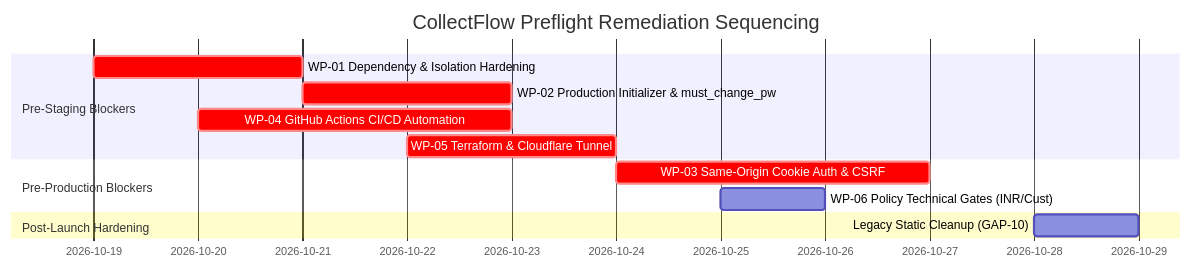
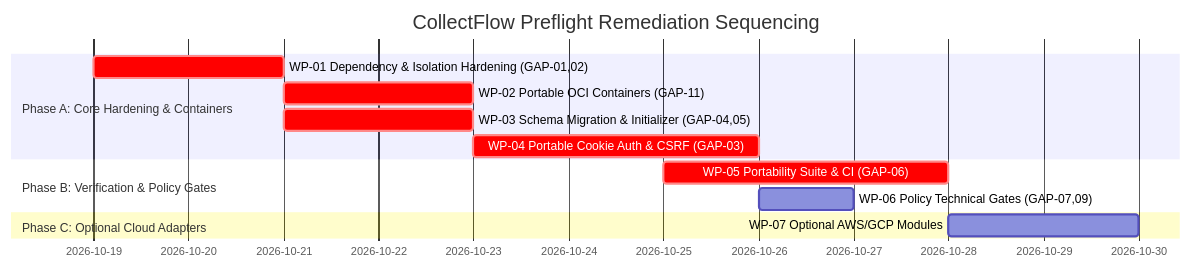
One commit to AnishB-Personal/collectflow changed the diagram in docs/reviews/COLLECTFLOW_RELEASE_READINESS_GAP_ASSESSMENT.md. Above: the diagram before and after it, drawn with Mermaid. The commit also changed other lines of this file and 3 other files, not shown here.

Commit message:
docs(preflight): establish cloud-agnostic and on-premises release architecture

````diff
--- a/docs/reviews/COLLECTFLOW_RELEASE_READINESS_GAP_ASSESSMENT.md
+++ b/docs/reviews/COLLECTFLOW_RELEASE_READINESS_GAP_ASSESSMENT.md
@@ -235,15 +233,15 @@
 ```mermaid
 gantt
     title CollectFlow Preflight Remediation Sequencing
     dateFormat  YYYY-MM-DD
-    section Pre-Staging Blockers
-    WP-01 Dependency & Isolation Hardening   :crit, a1, 2026-10-19, 2d
-    WP-02 Production Initializer & must_change_pw :crit, a2, 2026-10-21, 2d
-    WP-04 GitHub Actions CI/CD Automation   :crit, a3, 2026-10-20, 3d
-    WP-05 Terraform & Cloudflare Tunnel     :crit, a4, 2026-10-22, 2d
-    section Pre-Production Blockers
-    WP-03 Same-Origin Cookie Auth & CSRF    :crit, b1, 2026-10-24, 3d
-    WP-06 Policy Technical Gates (INR/Cust) :b2, 2026-10-25, 1d
-    section Post-Launch Hardening
-    Legacy Static Cleanup (GAP-10)          :c1, 2026-10-28, 1d
+    section Phase A: Core Hardening & Containers
+    WP-01 Dependency & Isolation Hardening (GAP-01,02) :crit, a1, 2026-10-19, 2d
+    WP-02 Portable OCI Containers (GAP-11)             :crit, a2, 2026-10-21, 2d
+    WP-03 Schema Migration & Initializer (GAP-04,05)   :crit, a3, 2026-10-21, 2d
+    WP-04 Portable Cookie Auth & CSRF (GAP-03)        :crit, a4, 2026-10-23, 3d
+    section Phase B: Verification & Policy Gates
+    WP-05 Portability Suite & CI (GAP-06)             :crit, b1, 2026-10-25, 3d
+    WP-06 Policy Technical Gates (GAP-07,09)          :b2, 2026-10-26, 1d
+    section Phase C: Optional Cloud Adapters
+    WP-07 Optional AWS/GCP Modules                     :c1, 2026-10-28, 2d
 ```
````
